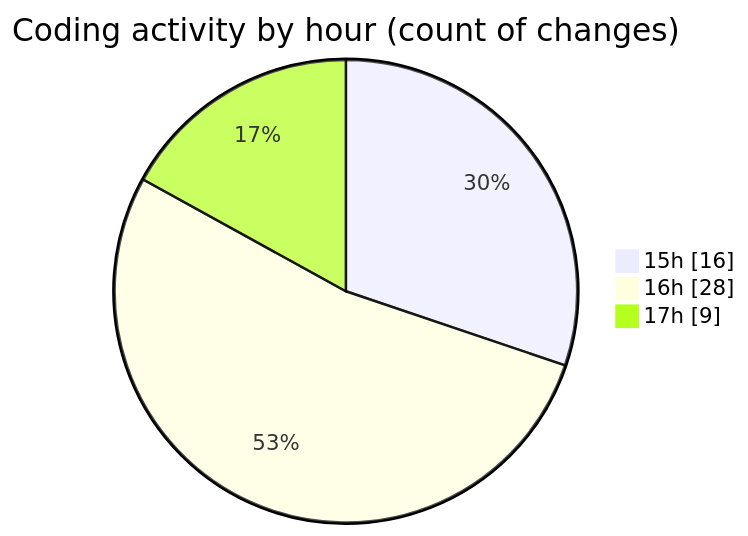
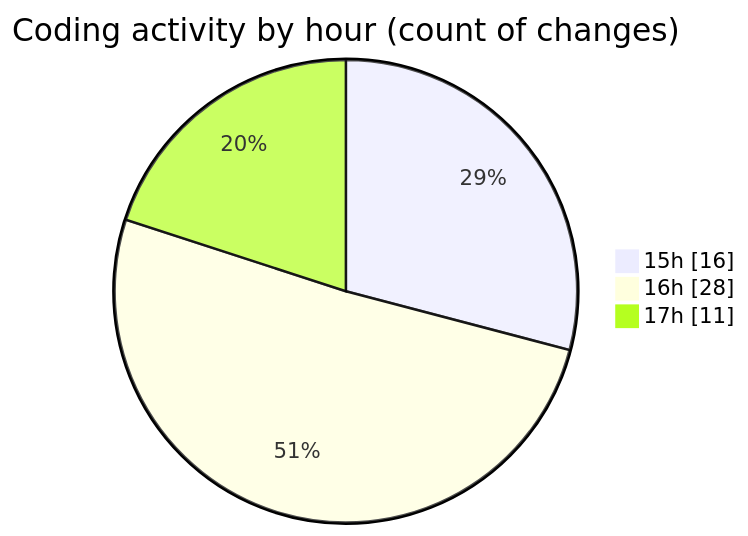
The second of 2 diagrams in 2025-10-01/oura-api/README.md (mevix1/code-tracking), drawn with Mermaid before and after one commit. The commit also changed other lines of this file and 1 other file, not shown here.

````diff
--- a/2025-10-01/oura-api/README.md
+++ b/2025-10-01/oura-api/README.md
@@ -63,7 +63,7 @@
 ```mermaid
 pie showData
 title Coding activity by hour (count of changes)
 "15h" : 16
 "16h" : 28
-"17h" : 9
+"17h" : 11
 ```
````
